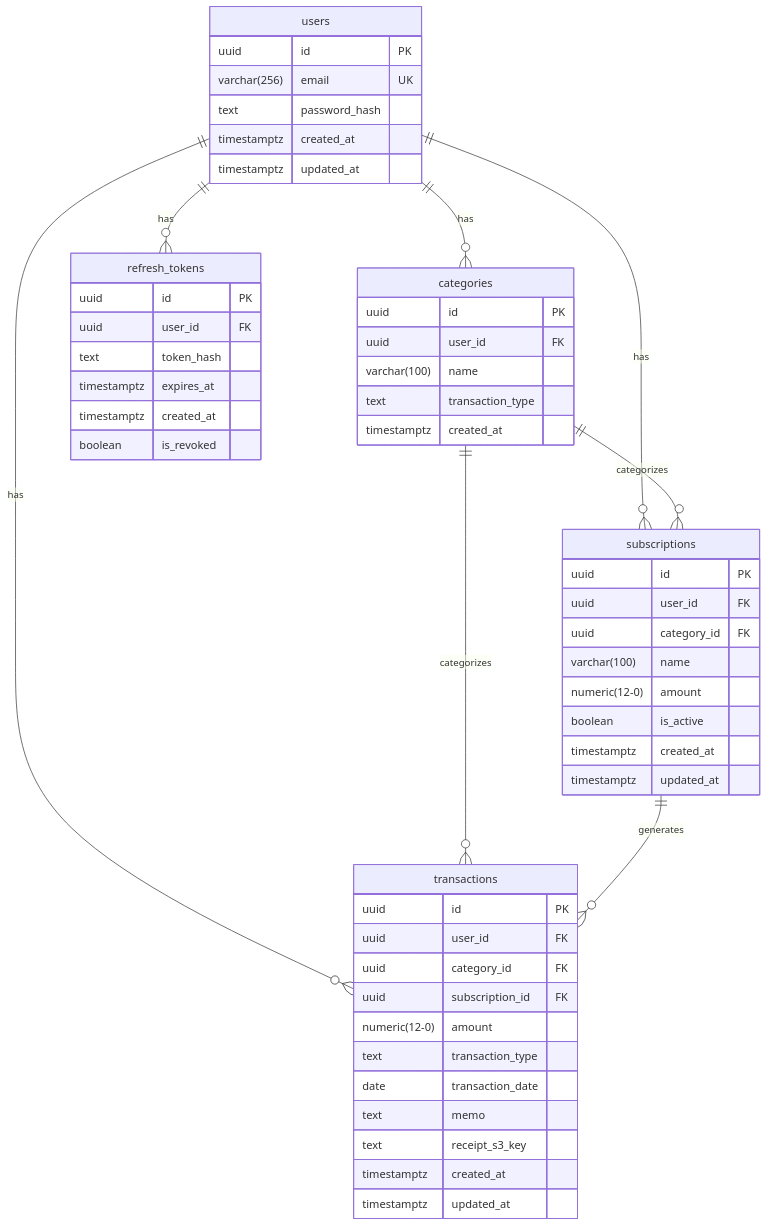
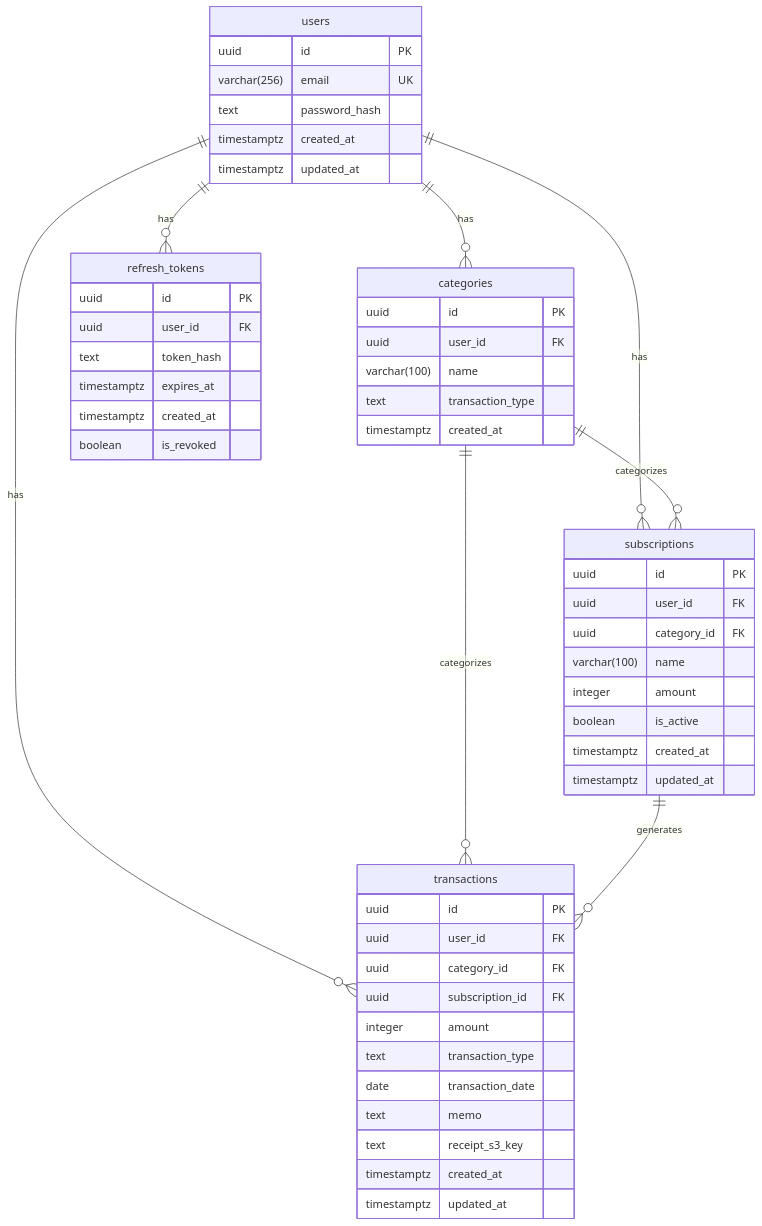
One commit to is-9108/KakeiBase changed the diagram in docs/db-design.md. Above: the diagram before and after it, drawn with Mermaid. The commit also changed other lines of this file and 5 other files, not shown here.

````diff
--- a/docs/db-design.md
+++ b/docs/db-design.md
@@ -15,60 +15,60 @@
 ```mermaid
 erDiagram
     users {
         uuid id PK
         varchar(256) email UK
         text password_hash
         timestamptz created_at
         timestamptz updated_at
     }
 
     categories {
         uuid id PK
         uuid user_id FK
         varchar(100) name
         text transaction_type
         timestamptz created_at
     }
 
     subscriptions {
         uuid id PK
         uuid user_id FK
         uuid category_id FK
         varchar(100) name
-        numeric(12-0) amount
+        integer amount
         boolean is_active
         timestamptz created_at
         timestamptz updated_at
     }
 
     transactions {
         uuid id PK
         uuid user_id FK
         uuid category_id FK
         uuid subscription_id FK
-        numeric(12-0) amount
+        integer amount
         text transaction_type
         date transaction_date
         text memo
         text receipt_s3_key
         timestamptz created_at
         timestamptz updated_at
     }
 
     refresh_tokens {
         uuid id PK
         uuid user_id FK
         text token_hash
         timestamptz expires_at
         timestamptz created_at
         boolean is_revoked
     }
 
     users ||--o{ categories : "has"
     users ||--o{ subscriptions : "has"
     users ||--o{ transactions : "has"
     users ||--o{ refresh_tokens : "has"
     categories ||--o{ subscriptions : "categorizes"
     categories ||--o{ transactions : "categorizes"
     subscriptions ||--o{ transactions : "generates"
 ```
````
